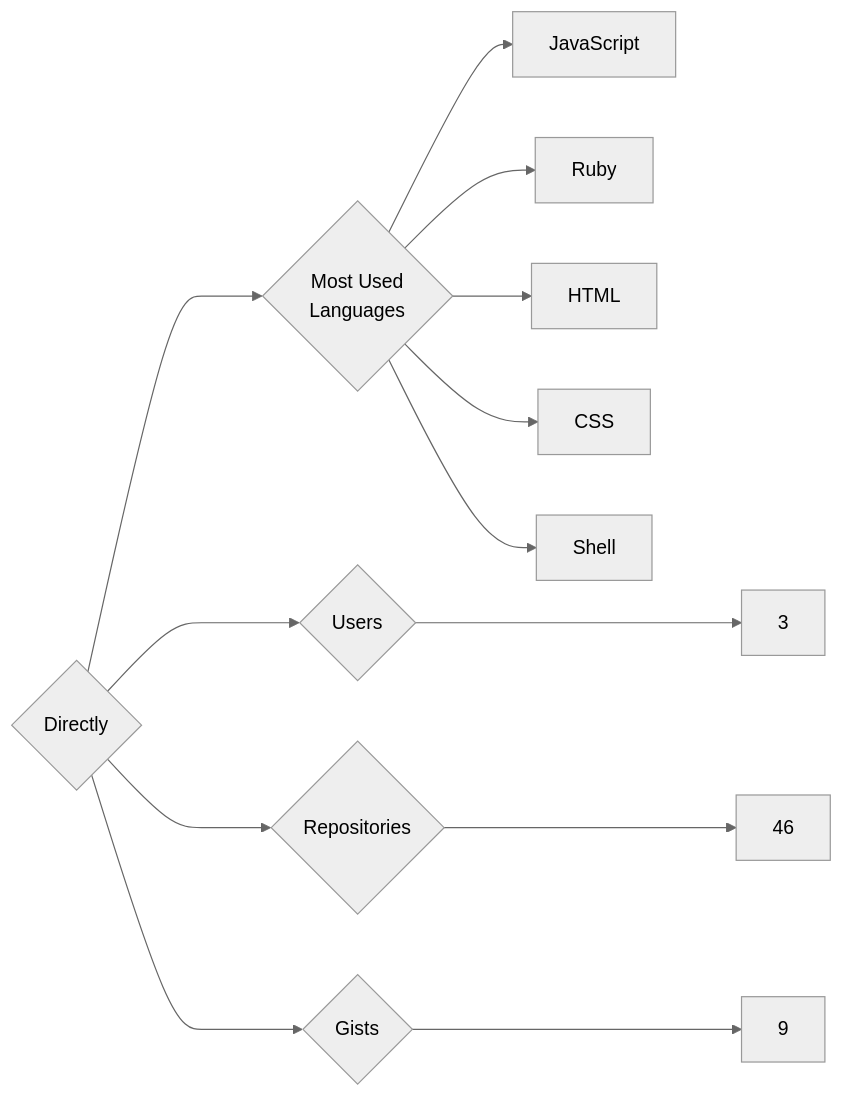
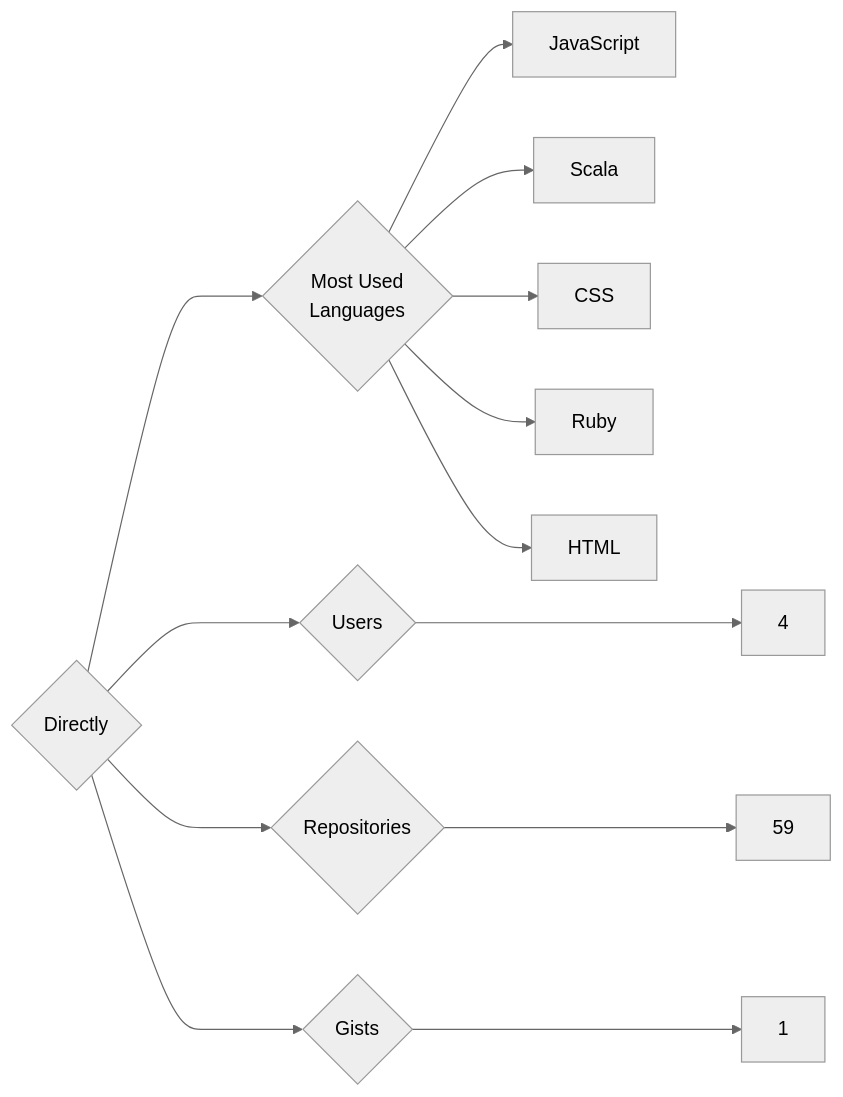
One commit to trickest/insiders changed the diagram in targets/Directly/README.md. Above: the diagram before and after it, drawn with Mermaid (neutral theme). The commit also changed 1084 other files, not shown here.

````diff
--- a/targets/Directly/README.md
+++ b/targets/Directly/README.md
@@ -3,13 +3,13 @@
 ```mermaid
 graph LR
 COMPANY_NAME{Directly}
-COMPANY_NAME ---> U{Users} ---> UN[3]
-COMPANY_NAME ---> R{Repositories} ---> RN[46]
-COMPANY_NAME ---> G{Gists} ---> GN[9]
+COMPANY_NAME ---> U{Users} ---> UN[4]
+COMPANY_NAME ---> R{Repositories} ---> RN[59]
+COMPANY_NAME ---> G{Gists} ---> GN[1]
 COMPANY_NAME ---> ML{Most Used<br>Languages}
 ML --> JavaScript[JavaScript]
+ML --> Scala[Scala]
+ML --> CSS[CSS]
 ML --> Ruby[Ruby]
 ML --> HTML[HTML]
-ML --> CSS[CSS]
-ML --> Shell[Shell]
 ```
````
